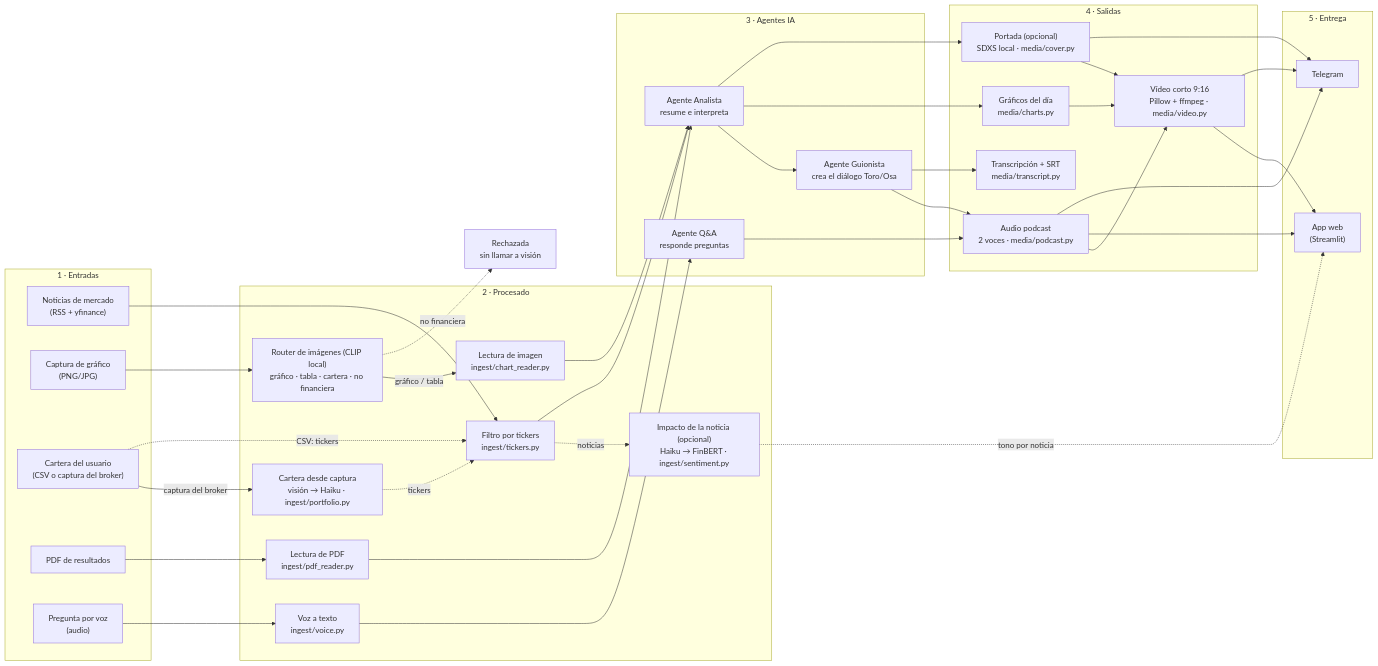
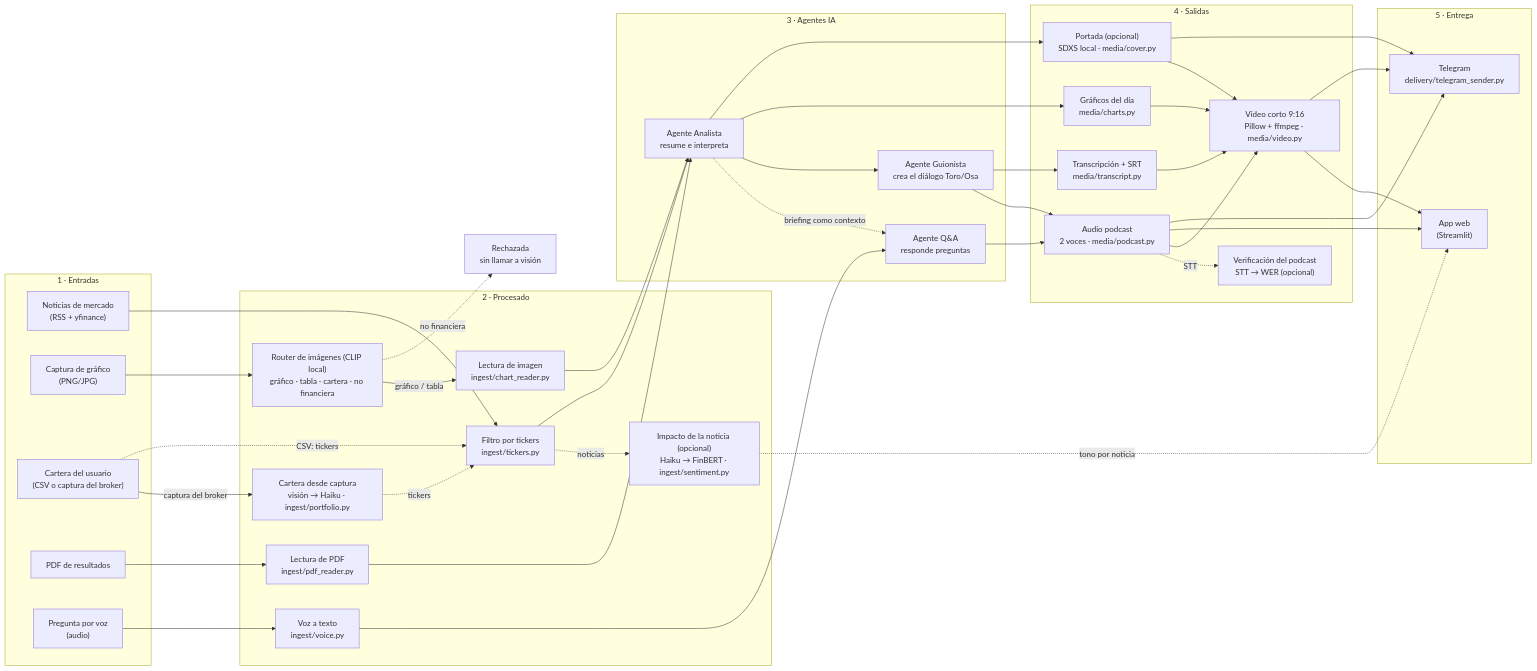
One commit to Romequinco/multimodal-market-briefer changed the first of 3 diagrams in README.md. Above: the diagram before and after it, drawn with Mermaid. The commit also changed other lines of this file and 11 other files, not shown here.

````diff
--- a/README.md
+++ b/README.md
@@ -114,72 +133,76 @@
 ```mermaid
 flowchart LR
     subgraph E["1 · Entradas"]
         N["Noticias de mercado<br/>(RSS + yfinance)"]
         G["Captura de gráfico<br/>(PNG/JPG)"]
         C["Cartera del usuario<br/>(CSV o captura del broker)"]
         P["PDF de resultados"]
         V["Pregunta por voz<br/>(audio)"]
     end
 
     subgraph PR["2 · Procesado"]
         FT["Filtro por tickers<br/>ingest/tickers.py"]
         RI["Router de imágenes (CLIP local)<br/>gráfico · tabla · cartera · no financiera"]
         LI["Lectura de imagen<br/>ingest/chart_reader.py"]
         LC["Cartera desde captura<br/>visión → Haiku · ingest/portfolio.py"]
         LP["Lectura de PDF<br/>ingest/pdf_reader.py"]
         VT["Voz a texto<br/>ingest/voice.py"]
         IM["Impacto de la noticia (opcional)<br/>Haiku → FinBERT · ingest/sentiment.py"]
     end
 
     subgraph AG["3 · Agentes IA"]
         AN["Agente Analista<br/>resume e interpreta"]
         GU["Agente Guionista<br/>crea el diálogo Toro/Osa"]
         QA["Agente Q&A<br/>responde preguntas"]
     end
 
     subgraph S["4 · Salidas"]
         GD["Gráficos del día<br/>media/charts.py"]
         AU["Audio podcast<br/>2 voces · media/podcast.py"]
         TR["Transcripción + SRT<br/>media/transcript.py"]
+        VF["Verificación del podcast<br/>STT → WER (opcional)"]
         VI["Vídeo corto 9:16<br/>Pillow + ffmpeg · media/video.py"]
         PO["Portada (opcional)<br/>SDXS local · media/cover.py"]
     end
 
     subgraph D["5 · Entrega"]
         W["App web<br/>(Streamlit)"]
-        TG["Telegram"]
+        TG["Telegram<br/>delivery/telegram_sender.py"]
     end
 
     N --> FT
     FT -. noticias .-> IM
     G --> RI
     RI -- "gráfico / tabla" --> LI
     RI -. "no financiera" .-> RX["Rechazada<br/>sin llamar a visión"]
     C -- "captura del broker" --> LC
     LC -. tickers .-> FT
     C -. "CSV: tickers" .-> FT
     P --> LP
     V --> VT
 
     FT --> AN
     LI --> AN
     LP --> AN
     VT --> QA
+    AN -. "briefing como contexto" .-> QA
 
     AN --> GU
     AN --> GD
     GU --> AU
     GU --> TR
+    AU -. STT .-> VF
     QA --> AU
 
     AN --> PO
     GD --> VI
     PO --> VI
     AU --> VI
+    TR --> VI
     AU --> W
     VI --> W
     IM -. tono por noticia .-> W
     AU --> TG
     VI --> TG
     PO --> TG
 ```
````
